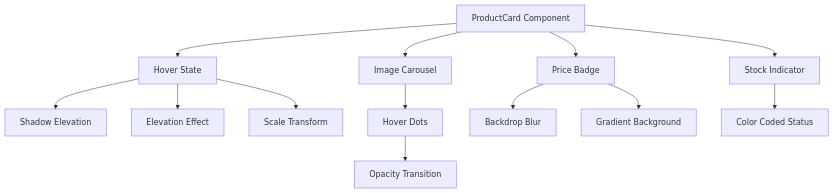
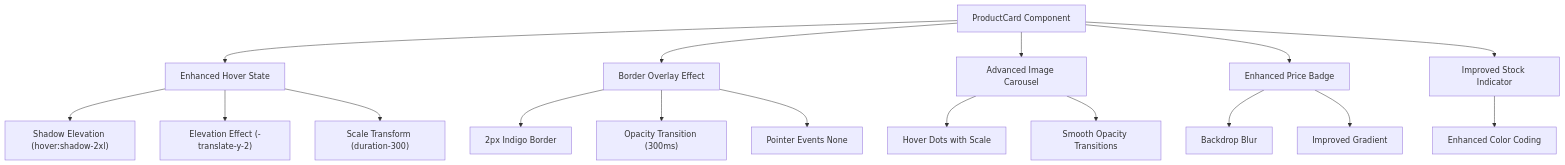
Before and after one commit to Pavan-PSPK9032/TrendsandToss: the third of 7 diagrams in .qoder/repowiki/en/content/Frontend Components & UI/Frontend Components & UI.md, drawn with Mermaid. The commit also changed other lines of this file and 16 other files, not shown here.

````diff
--- a/.qoder/repowiki/en/content/Frontend Components & UI/Frontend Components & UI.md
+++ b/.qoder/repowiki/en/content/Frontend Components & UI/Frontend Components & UI.md
@@ -248,15 +214,19 @@
 ```mermaid
 flowchart TD
-PC["ProductCard Component"] --> HOVER["Hover State"]
-HOVER --> SHADOW["Shadow Elevation"]
-HOVER --> ELEVATE["Elevation Effect"]
-HOVER --> SCALE["Scale Transform"]
-PC --> IMAGE["Image Carousel"]
-IMAGE --> DOTS["Hover Dots"]
-DOTS --> ANIMATE["Opacity Transition"]
-PC --> BADGE["Price Badge"]
-BADGE --> BLUR["Backdrop Blur"]
-BADGE --> GRADIENT["Gradient Background"]
-PC --> STOCK["Stock Indicator"]
-STOCK --> COLOR["Color Coded Status"]
+PC["ProductCard Component"] --> HOVER["Enhanced Hover State"]
+HOVER --> SHADOW["Shadow Elevation (hover:shadow-2xl)"]
+HOVER --> ELEVATE["Elevation Effect (-translate-y-2)"]
+HOVER --> SCALE["Scale Transform (duration-300)"]
+PC --> OVERLAY["Border Overlay Effect"]
+OVERLAY --> BORDER["2px Indigo Border"]
+OVERLAY --> OPACITY["Opacity Transition (300ms)"]
+OVERLAY --> POINTER["Pointer Events None"]
+PC --> IMAGE["Advanced Image Carousel"]
+IMAGE --> DOTS["Hover Dots with Scale"]
+IMAGE --> TRANSITION["Smooth Opacity Transitions"]
+PC --> BADGE["Enhanced Price Badge"]
+BADGE --> BACKDROP["Backdrop Blur"]
+BADGE --> GRADIENT["Improved Gradient"]
+PC --> STOCK["Improved Stock Indicator"]
+STOCK --> COLOR["Enhanced Color Coding"]
 ```
````
